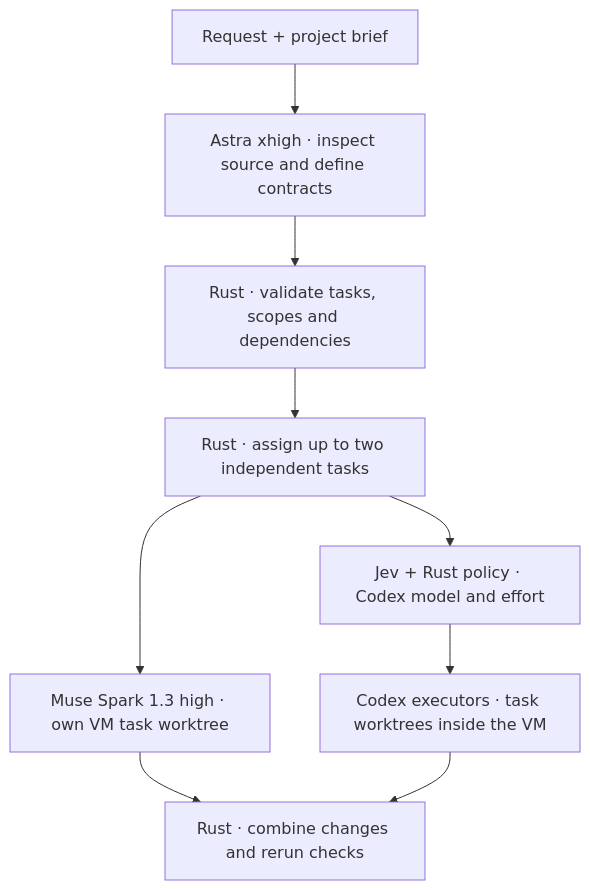
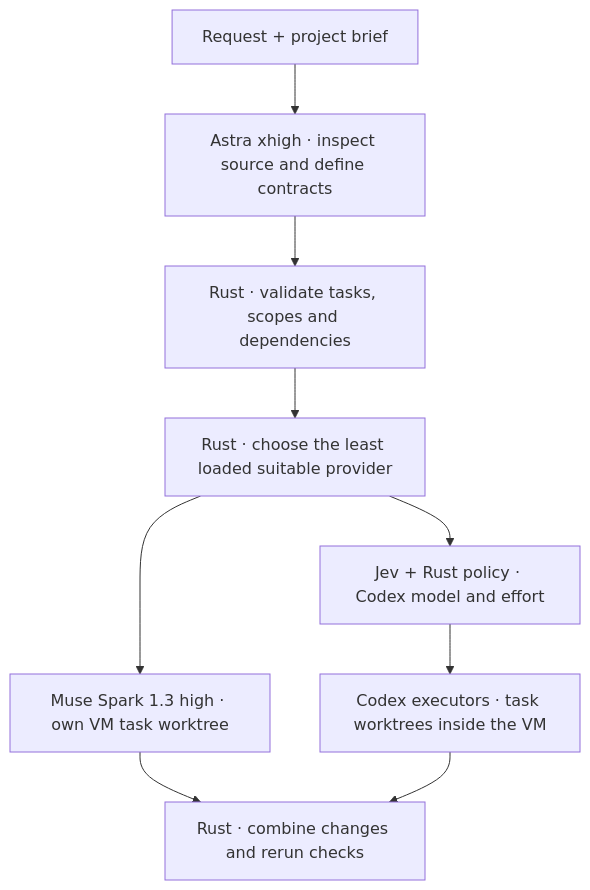
One commit to minimumeffort-dev/sprowt.harness changed the first of 2 diagrams in docs/planning.md. Above: the diagram before and after it, drawn with Mermaid. The commit also changed other lines of this file and 14 other files, not shown here.

````diff
--- a/docs/planning.md
+++ b/docs/planning.md
@@ -5,11 +5,11 @@
 ```mermaid
 flowchart TB
     goal["Request + project brief"] --> planner["Astra xhigh · inspect source and define contracts"]
     planner --> validate["Rust · validate tasks, scopes and dependencies"]
-    validate --> schedule["Rust · assign up to two independent tasks"]
+    validate --> schedule["Rust · choose the least loaded suitable provider"]
     schedule --> route["Jev + Rust policy · Codex model and effort"]
     route --> execute["Codex executors · task worktrees inside the VM"]
     schedule --> muse["Muse Spark 1.3 high · own VM task worktree"]
     muse --> checks
     execute --> checks["Rust · combine changes and rerun checks"]
 ```
````
